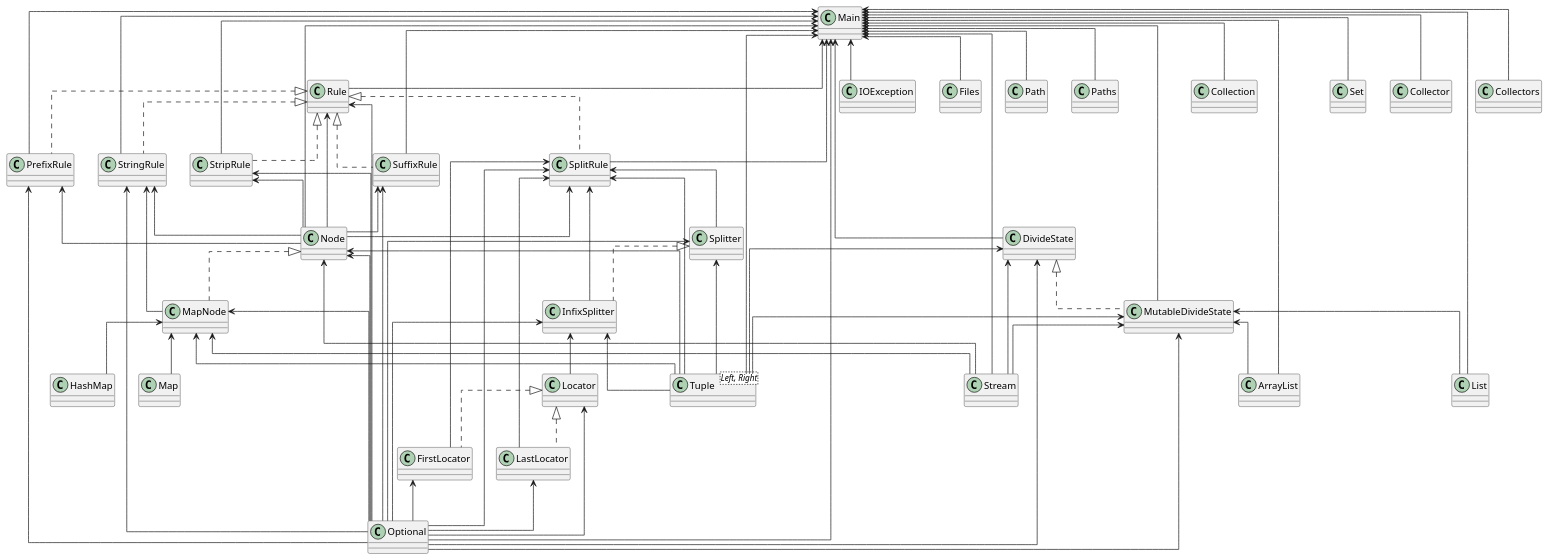
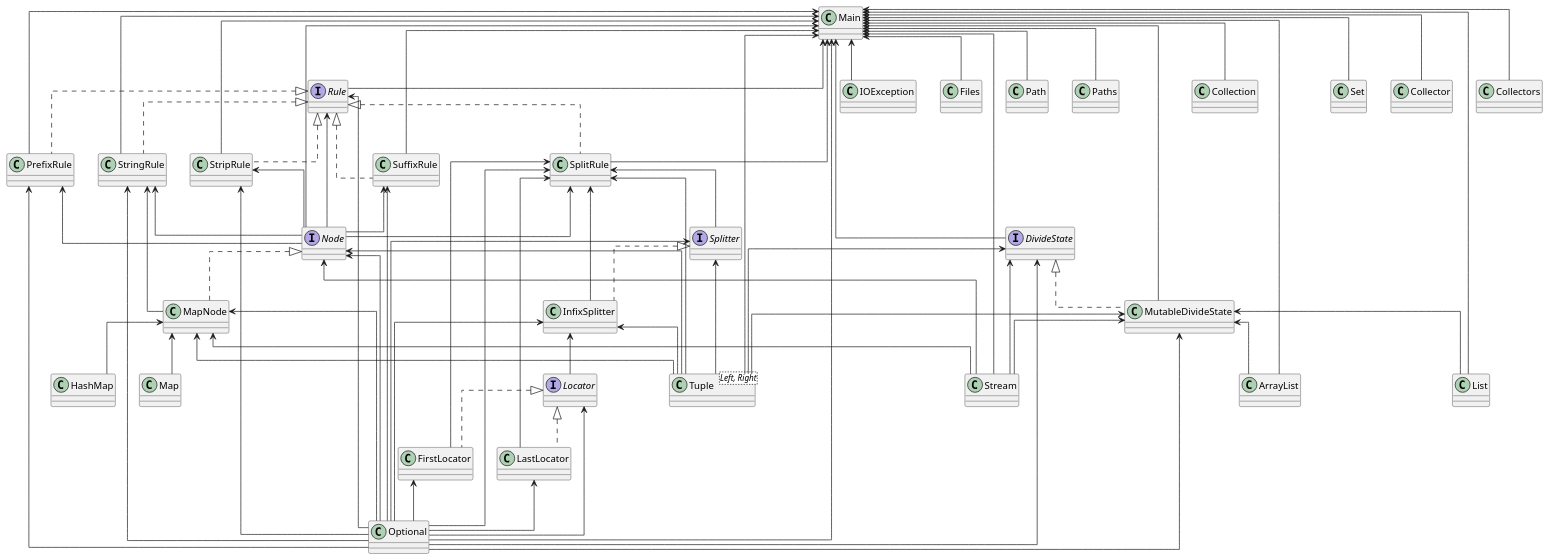
One commit to SirMathhman/Magma changed the diagram in diagram.puml. Above: the diagram before and after it, drawn with PlantUML. The commit also changed 1 other file, not shown here.

```diff
--- a/diagram.puml
+++ b/diagram.puml
@@ -1,95 +1,100 @@
 @startuml
 skinparam linetype ortho
 class PrefixRule
 PrefixRule <-- Node
 PrefixRule <-- Optional
 class PrefixRule  implements Rule 
 class StripRule
 StripRule <-- Node
 StripRule <-- Optional
 class StripRule  implements Rule 
 class StringRule
 StringRule <-- MapNode
 StringRule <-- Node
 StringRule <-- Optional
 class StringRule  implements Rule 
 class Splitter
 Splitter <-- Tuple
 Splitter <-- Optional
+interface Splitter 
 class Locator
 Locator <-- Optional
+interface Locator 
 class SuffixRule
 SuffixRule <-- Node
 SuffixRule <-- Optional
 class SuffixRule  implements Rule 
 class SplitRule
 SplitRule <-- Tuple
 SplitRule <-- Node
 SplitRule <-- FirstLocator
 SplitRule <-- LastLocator
 SplitRule <-- InfixSplitter
 SplitRule <-- Splitter
 SplitRule <-- Optional
 class SplitRule implements Rule 
 class FirstLocator
 FirstLocator <-- Optional
 class FirstLocator implements Locator 
 class LastLocator
 LastLocator <-- Optional
 class LastLocator implements Locator 
 class Rule
 Rule <-- Node
 Rule <-- Optional
+interface Rule 
 class Main
 Main <-- Tuple
 Main <-- DivideState
 Main <-- MutableDivideState
 Main <-- Node
 Main <-- PrefixRule
 Main <-- Rule
 Main <-- SplitRule
 Main <-- StringRule
 Main <-- StripRule
 Main <-- SuffixRule
 Main <-- IOException
 Main <-- Files
 Main <-- Path
 Main <-- Paths
 Main <-- ArrayList
 Main <-- Collection
 Main <-- List
 Main <-- Optional
 Main <-- Set
 Main <-- Collector
 Main <-- Collectors
 Main <-- Stream
 class Node
 Node <-- Tuple
 Node <-- Optional
 Node <-- Stream
+interface Node 
 class MutableDivideState
 MutableDivideState <-- Tuple
 MutableDivideState <-- ArrayList
 MutableDivideState <-- List
 MutableDivideState <-- Optional
 MutableDivideState <-- Stream
 class MutableDivideState implements DivideState 
 class InfixSplitter
 InfixSplitter <-- Tuple
 InfixSplitter <-- Locator
 InfixSplitter <-- Optional
 class InfixSplitter implements Splitter 
 class Tuple
 class Tuple<Left, Right>  
 class DivideState
 DivideState <-- Tuple
 DivideState <-- Optional
 DivideState <-- Stream
+interface DivideState 
 class MapNode
 MapNode <-- Tuple
 MapNode <-- HashMap
 MapNode <-- Map
 MapNode <-- Optional
 MapNode <-- Stream
 class MapNode implements Node 
 @enduml
```
